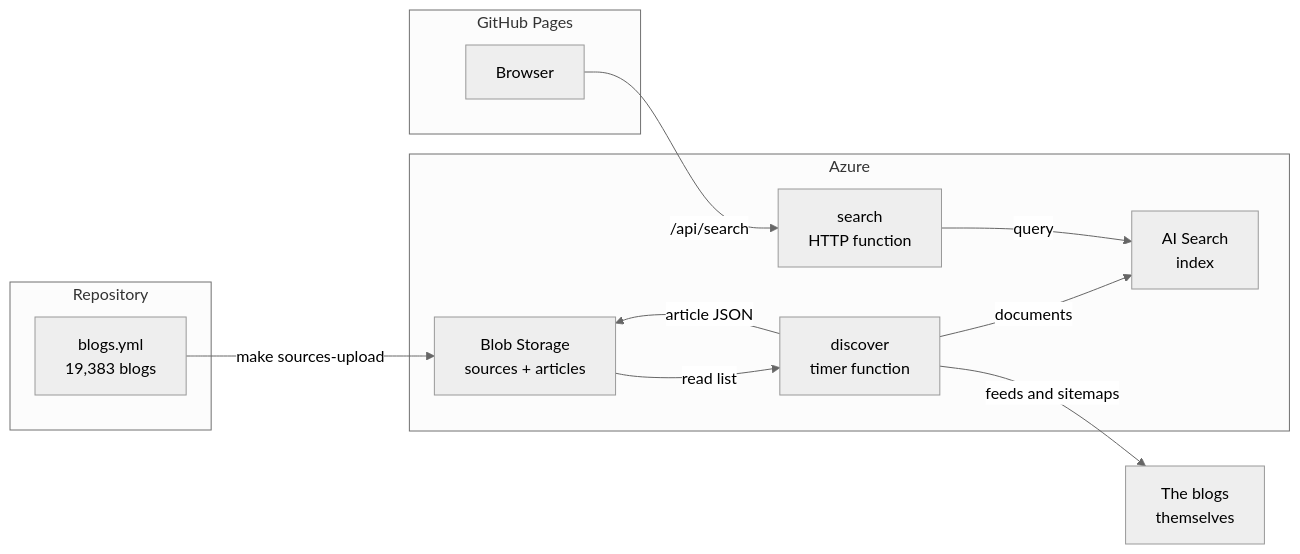
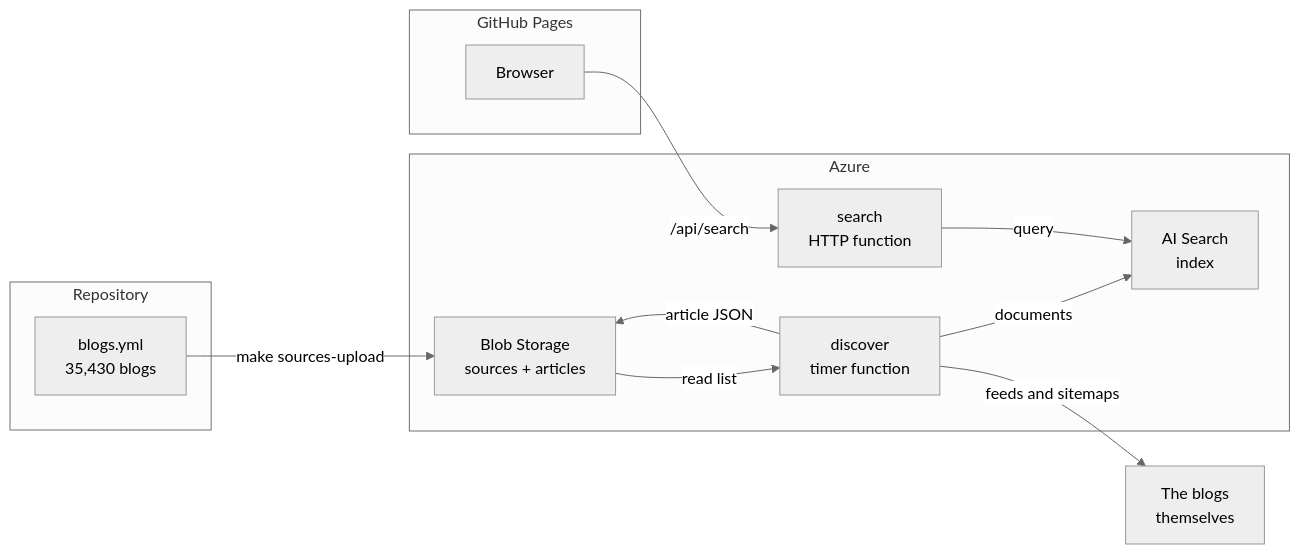
The first of 5 diagrams in docs/how-it-works.md (GitPaulo/blogme), drawn with Mermaid (neutral theme) before and after one commit. The commit also changed other lines of this file and 14 other files, not shown here.

````diff
--- a/docs/how-it-works.md
+++ b/docs/how-it-works.md
@@ -13,25 +13,25 @@
 ```mermaid
 flowchart LR
     subgraph Git["Repository"]
-        Y["blogs.yml<br/>19,383 blogs"]
+        Y["blogs.yml<br/>35,430 blogs"]
     end
 
     subgraph Azure["Azure"]
         B["Blob Storage<br/>sources + articles"]
         D["discover<br/>timer function"]
         S["AI Search<br/>index"]
         A["search<br/>HTTP function"]
     end
 
     subgraph Web["GitHub Pages"]
         U["Browser"]
     end
 
     Y -->|make sources-upload| B
     B -->|read list| D
     D -->|feeds and sitemaps| Blogs["The blogs<br/>themselves"]
     D -->|article JSON| B
     D -->|documents| S
     U -->|/api/search| A
     A -->|query| S
 ```
````
